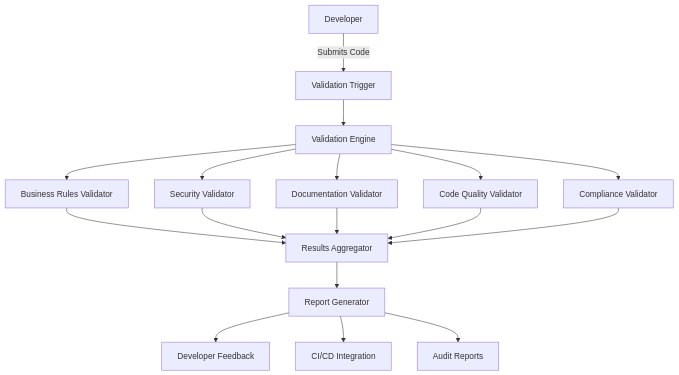
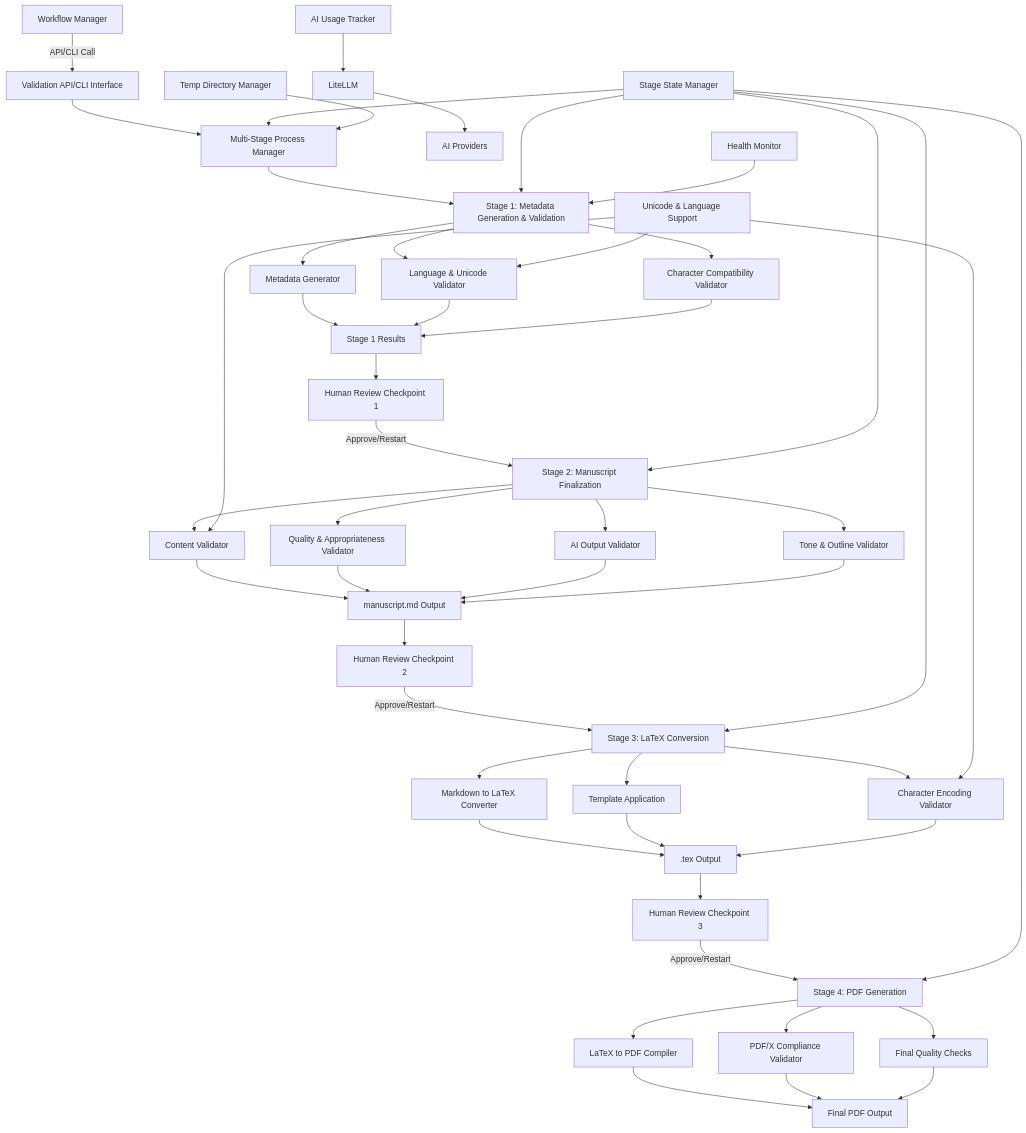
One commit to mmartin-sub/libriscribe changed the diagram in .kiro/specs/code-validation/design.md. Above: the diagram before and after it, drawn with Mermaid. The commit also changed other lines of this file and 14 other files, not shown here.

````diff
--- a/.kiro/specs/code-validation/design.md
+++ b/.kiro/specs/code-validation/design.md
@@ -15,19 +15,59 @@
 ```mermaid
 graph TD
-    A[Developer] -->|Submits Code| B[Validation Trigger]
-    B --> C[Validation Engine]
-    C --> D1[Business Rules Validator]
-    C --> D2[Security Validator]
-    C --> D3[Documentation Validator]
-    C --> D4[Code Quality Validator]
-    C --> D5[Compliance Validator]
-    D1 --> E[Results Aggregator]
-    D2 --> E
-    D3 --> E
-    D4 --> E
-    D5 --> E
-    E --> F[Report Generator]
-    F --> G1[Developer Feedback]
-    F --> G2[CI/CD Integration]
-    F --> G3[Audit Reports]
+    A[Workflow Manager] -->|API/CLI Call| B[Validation API/CLI Interface]
+    B --> C[Multi-Stage Process Manager]
+    
+    C --> D[Stage 1: Metadata Generation & Validation]
+    D --> D1[Metadata Generator]
+    D --> D2[Language & Unicode Validator]
+    D --> D3[Character Compatibility Validator]
+    D1 --> D4[Stage 1 Results]
+    D2 --> D4
+    D3 --> D4
+    
+    D4 --> E[Human Review Checkpoint 1]
+    E -->|Approve/Restart| F[Stage 2: Manuscript Finalization]
+    
+    F --> F1[Content Validator]
+    F --> F2[Quality & Appropriateness Validator]
+    F --> F3[AI Output Validator]
+    F --> F4[Tone & Outline Validator]
+    F1 --> F5[manuscript.md Output]
+    F2 --> F5
+    F3 --> F5
+    F4 --> F5
+    
+    F5 --> G[Human Review Checkpoint 2]
+    G -->|Approve/Restart| H[Stage 3: LaTeX Conversion]
+    
+    H --> H1[Markdown to LaTeX Converter]
+    H --> H2[Template Application]
+    H --> H3[Character Encoding Validator]
+    H1 --> H4[.tex Output]
+    H2 --> H4
+    H3 --> H4
+    
+    H4 --> I[Human Review Checkpoint 3]
+    I -->|Approve/Restart| J[Stage 4: PDF Generation]
+    
+    J --> J1[LaTeX to PDF Compiler]
+    J --> J2[PDF/X Compliance Validator]
+    J --> J3[Final Quality Checks]
+    J1 --> J4[Final PDF Output]
+    J2 --> J4
+    J3 --> J4
+    
+    K[Stage State Manager] --> C
+    K --> D
+    K --> F
+    K --> H
+    K --> J
+    
+    L[Unicode & Language Support] --> D2
+    L --> F1
+    L --> H3
+    O[AI Usage Tracker] --> P[LiteLLM]
+    P --> Q[AI Providers]
+    R[Health Monitor] --> D
+    S[Temp Directory Manager] --> C
 ```
````
